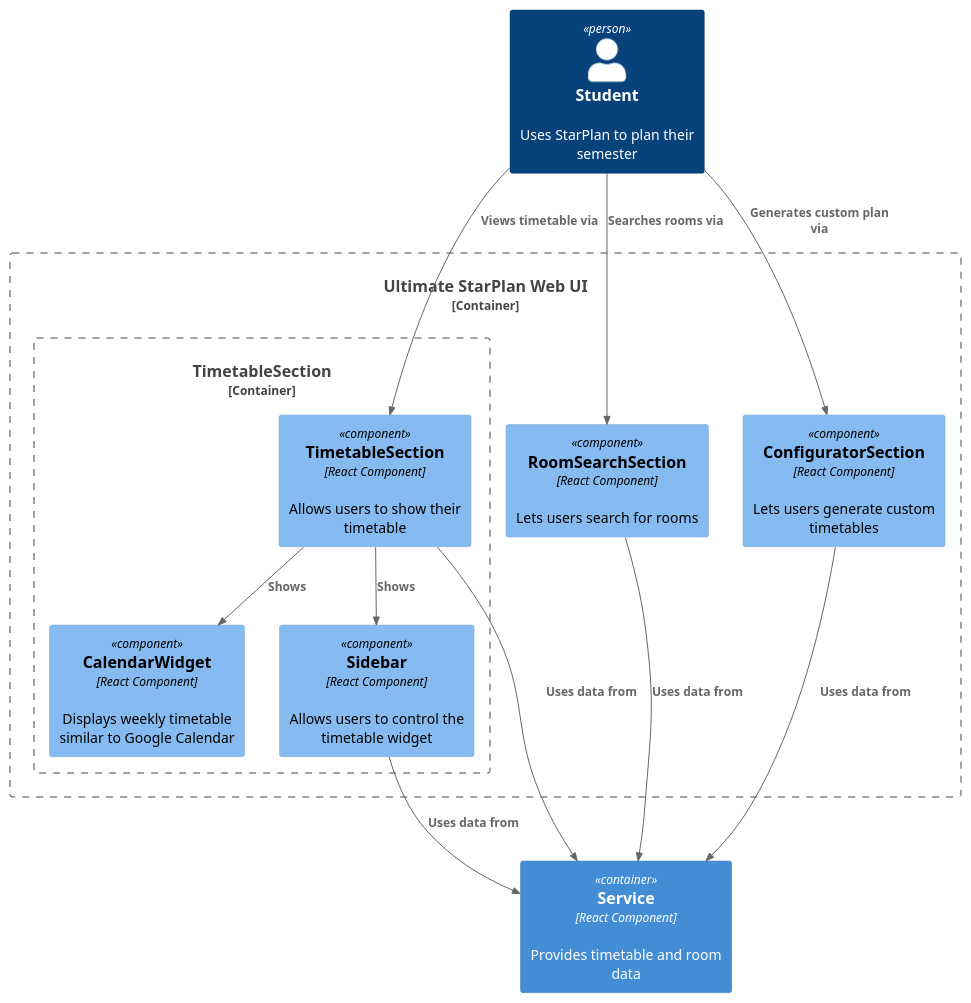
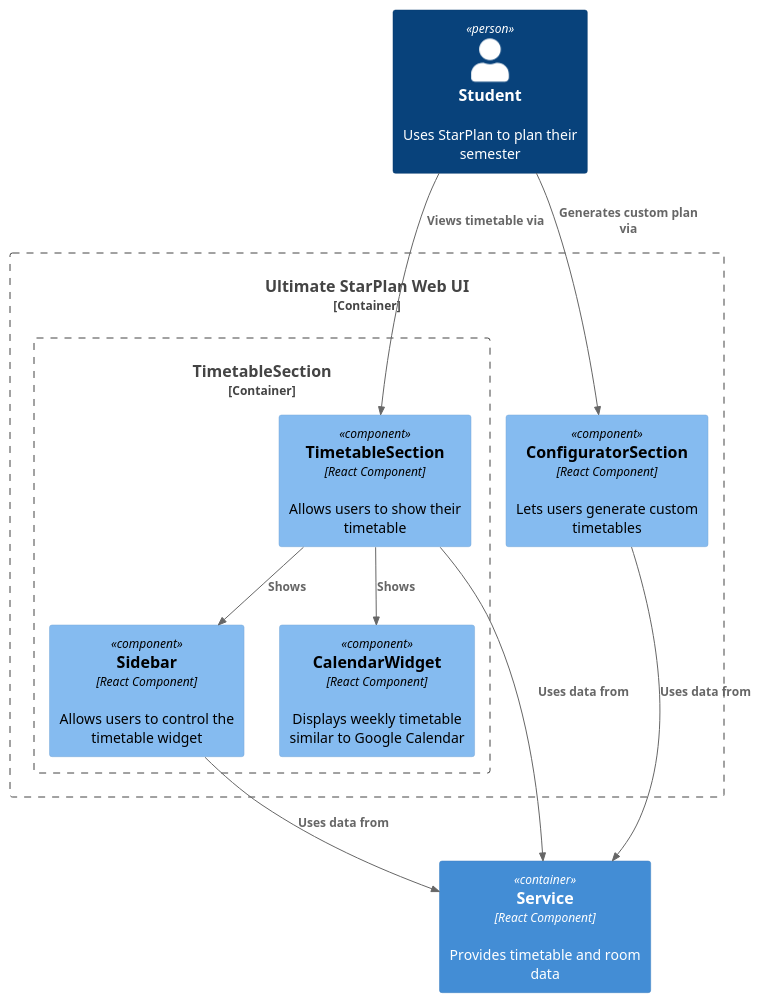
Before and after one commit to Kartoffelbauer/usplan: the diagram in diagrams/C4Components.puml, drawn with PlantUML. The commit also changed 2 other files, not shown here.

Commit message:
Removed room section

```diff
--- a/diagrams/C4Components.puml
+++ b/diagrams/C4Components.puml
@@ -1,33 +1,30 @@
 @startuml USP_Components
 !includeurl https://raw.githubusercontent.com/RicardoNiepel/C4-PlantUML/master/C4_Component.puml
 
 ' Define container boundary
 Container_Boundary(c2WebUi, "Ultimate StarPlan Web UI") {
   Container_Boundary(timetableSectionContainer, "TimetableSection") {
     Component(timetableSection, "TimetableSection", "React Component", "Allows users to show their timetable")
     Component(timetableSidebar, "Sidebar", "React Component", "Allows users to control the timetable widget")
     Component(timetableCalendarWidget, "CalendarWidget", "React Component", "Displays weekly timetable similar to Google Calendar")
   }
-  Component(roomSearchSection, "RoomSearchSection", "React Component", "Lets users search for rooms")
   Component(configuratorSection, "ConfiguratorSection", "React Component", "Lets users generate custom timetables")
 }
 
 ' External actors
 Person(student, "Student", "Uses StarPlan to plan their semester")
 
 ' Containers
 Container(service, "Service", "React Component", "Provides timetable and room data")
 
 ' Relationships
 Rel(student, timetableSection, "Views timetable via")
 Rel(timetableSection, timetableSidebar, "Shows")
 Rel(timetableSection, timetableCalendarWidget, "Shows")
-Rel(student, roomSearchSection, "Searches rooms via")
 Rel(student, configuratorSection, "Generates custom plan via")
 
 Rel(timetableSection, service, "Uses data from")
 Rel(timetableSidebar, service, "Uses data from")
 Rel(configuratorSection, service, "Uses data from")
-Rel(roomSearchSection, service, "Uses data from")
 
 @enduml
```
